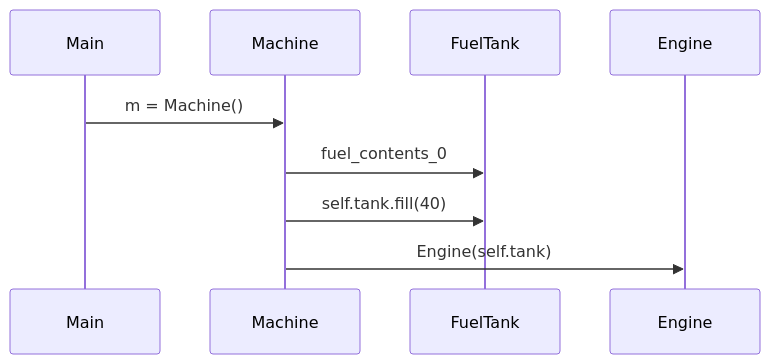
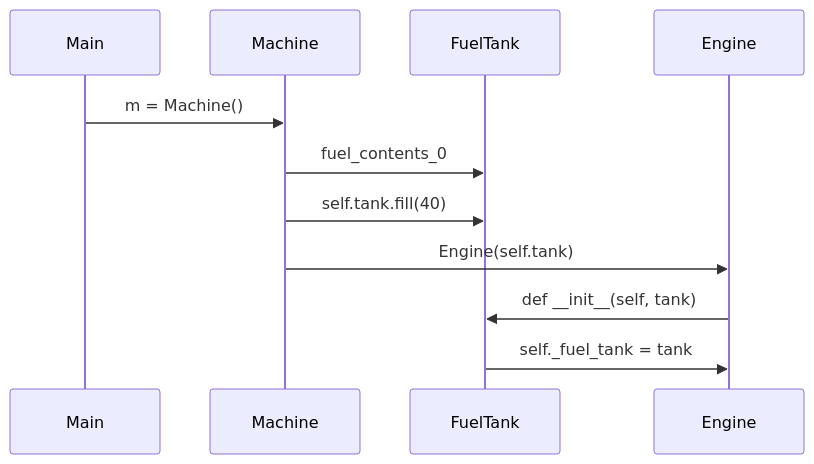
One commit to kodtld/TravelHub changed the diagram in laskarit/viikko3/sekvenssikaavio.md. Above: the diagram before and after it, drawn with Mermaid.

````diff
--- a/laskarit/viikko3/sekvenssikaavio.md
+++ b/laskarit/viikko3/sekvenssikaavio.md
@@ -1,7 +1,9 @@
 ```mermaid
  sequenceDiagram
      Main->>Machine: m = Machine()
      Machine->>FuelTank: fuel_contents_0
      Machine->>FuelTank: self.tank.fill(40)
      Machine->>Engine: Engine(self.tank)
+     Engine->>FuelTank: def __init__(self, tank)
+     FuelTank->>Engine: self._fuel_tank = tank
 ```
````
